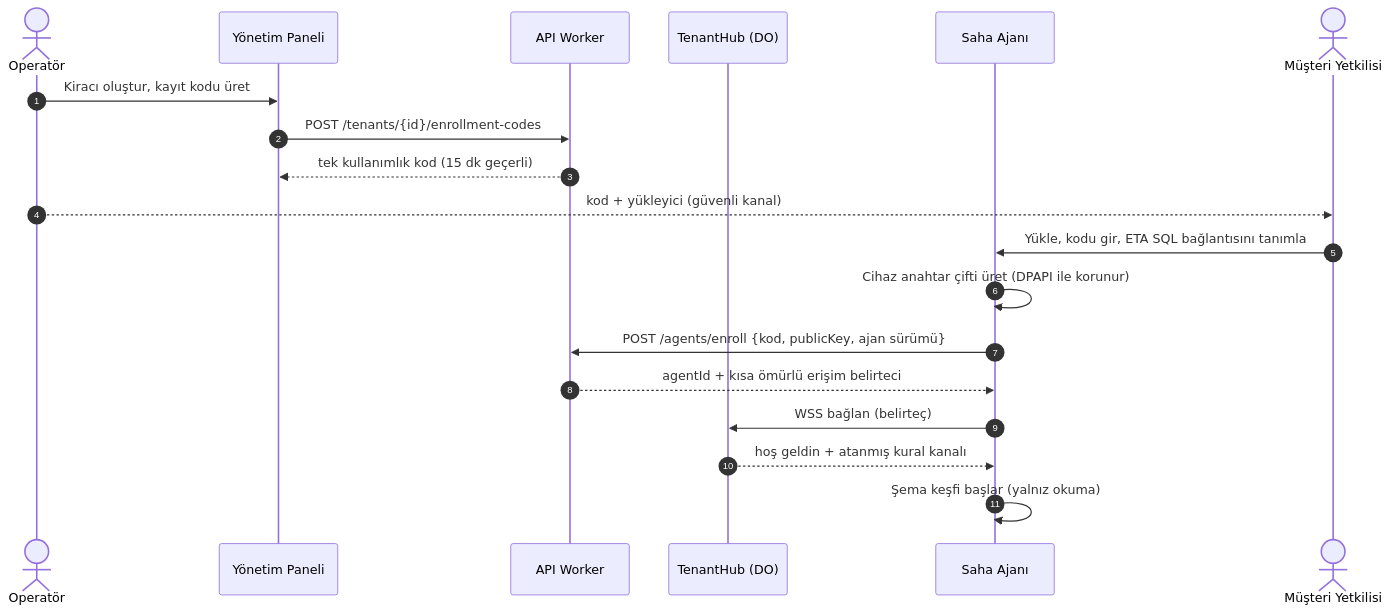
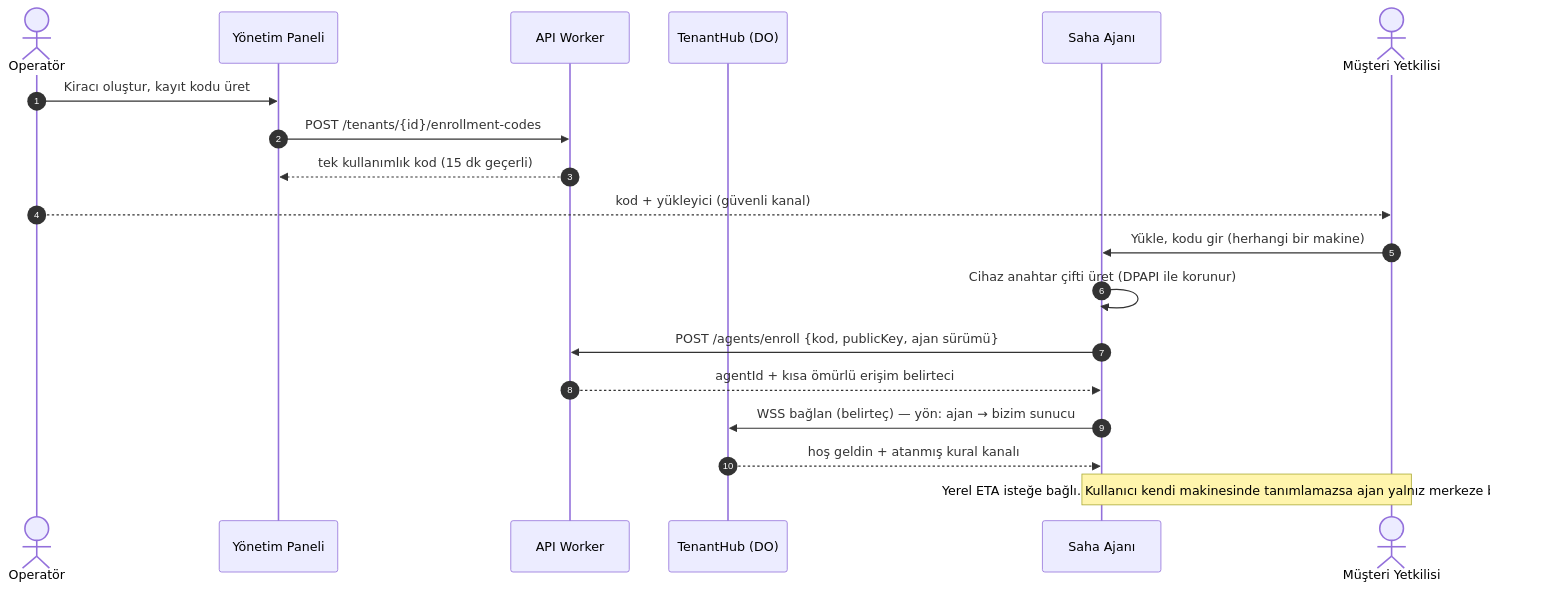
The fifth of 7 diagrams in docs/architecture.md (kaosarchitecture/kimici), drawn with Mermaid before and after one commit. The commit also changed other lines of this file and 10 other files, not shown here.

````diff
--- a/docs/architecture.md
+++ b/docs/architecture.md
@@ -220,22 +219,22 @@
 ```mermaid
 sequenceDiagram
     autonumber
     actor OP as Operatör
     participant ADM as Yönetim Paneli
     participant API as API Worker
     participant HUB as TenantHub (DO)
     participant AG as Saha Ajanı
     actor MU as Müşteri Yetkilisi
 
     OP->>ADM: Kiracı oluştur, kayıt kodu üret
     ADM->>API: POST /tenants/{id}/enrollment-codes
     API-->>ADM: tek kullanımlık kod (15 dk geçerli)
     OP-->>MU: kod + yükleyici (güvenli kanal)
-    MU->>AG: Yükle, kodu gir, ETA SQL bağlantısını tanımla
+    MU->>AG: Yükle, kodu gir (herhangi bir makine)
     AG->>AG: Cihaz anahtar çifti üret (DPAPI ile korunur)
     AG->>API: POST /agents/enroll {kod, publicKey, ajan sürümü}
     API-->>AG: agentId + kısa ömürlü erişim belirteci
-    AG->>HUB: WSS bağlan (belirteç)
+    AG->>HUB: WSS bağlan (belirteç) — yön: ajan → bizim sunucu
     HUB-->>AG: hoş geldin + atanmış kural kanalı
-    AG->>AG: Şema keşfi başlar (yalnız okuma)
+    Note over MU,AG: Yerel ETA isteğe bağlı. Kullanıcı kendi makinesinde tanımlamazsa ajan yalnız merkeze bağlı kalır.
 ```
````
